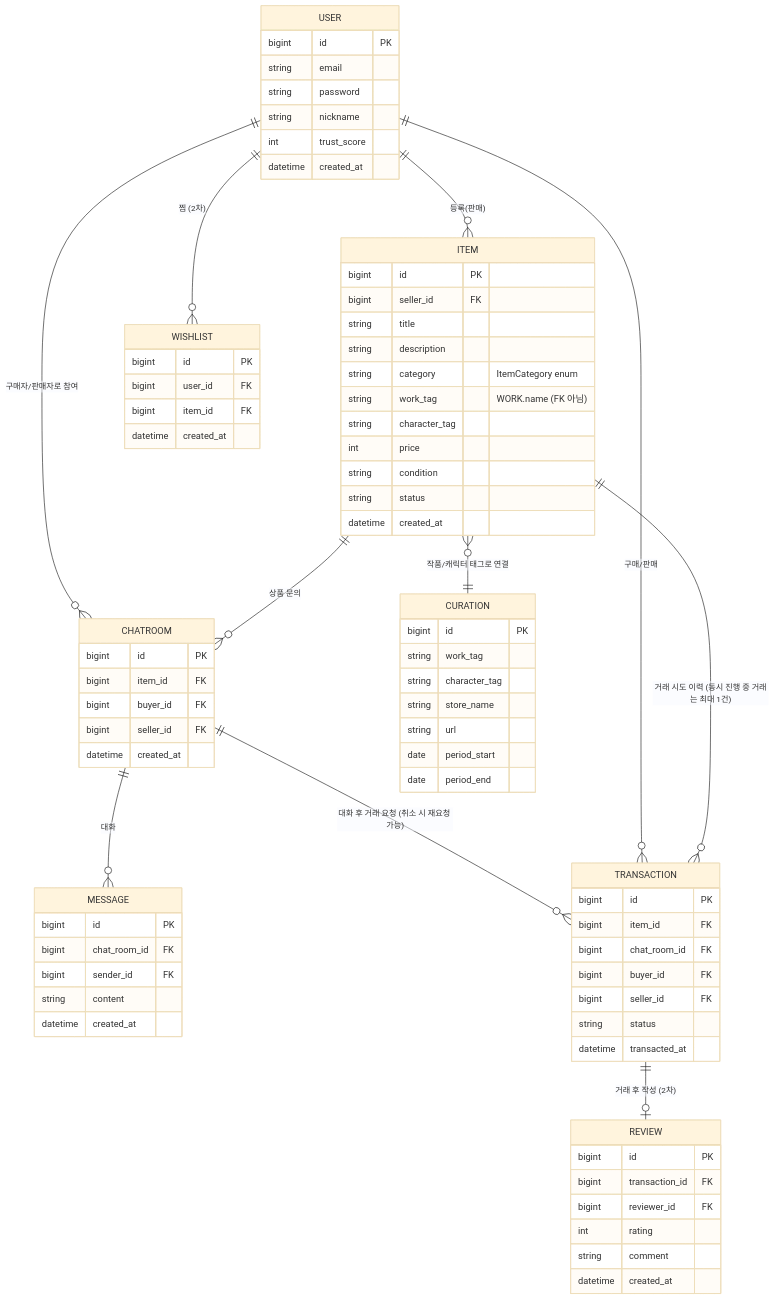
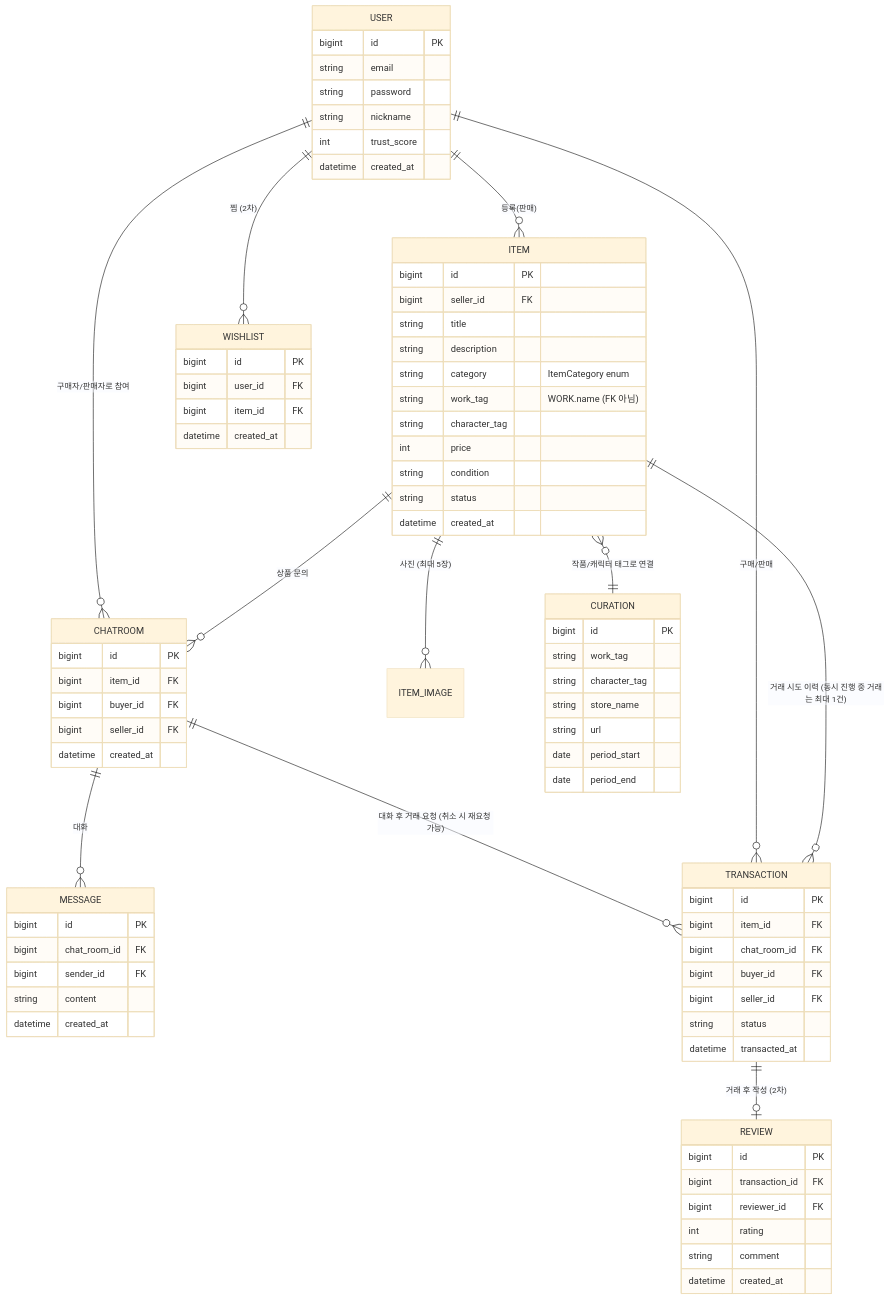
The second of 3 diagrams in 3_아키텍처및서비스흐름.md (oshi-market/oshi-market), drawn with Mermaid (base theme) before and after one commit. The commit also changed other lines of this file and 32 other files, not shown here.

````diff
--- a/3_아키텍처및서비스흐름.md
+++ b/3_아키텍처및서비스흐름.md
@@ -53,81 +53,82 @@
 ```mermaid
 erDiagram
     USER ||--o{ ITEM : "등록(판매)"
     USER ||--o{ CHATROOM : "구매자/판매자로 참여"
     ITEM ||--o{ CHATROOM : "상품 문의"
+    ITEM ||--o{ ITEM_IMAGE : "사진 (최대 5장)"
     CHATROOM ||--o{ MESSAGE : "대화"
     CHATROOM ||--o{ TRANSACTION : "대화 후 거래 요청 (취소 시 재요청 가능)"
     USER ||--o{ TRANSACTION : "구매/판매"
     ITEM ||--o{ TRANSACTION : "거래 시도 이력 (동시 진행 중 거래는 최대 1건)"
     ITEM }o--|| CURATION : "작품/캐릭터 태그로 연결"
     TRANSACTION ||--o| REVIEW : "거래 후 작성 (2차)"
     USER ||--o{ WISHLIST : "찜 (2차)"
 
     USER {
         bigint id PK
         string email
         string password
         string nickname
         int trust_score
         datetime created_at
     }
     ITEM {
         bigint id PK
         bigint seller_id FK
         string title
         string description
         string category "ItemCategory enum"
         string work_tag "WORK.name (FK 아님)"
         string character_tag
         int price
         string condition
         string status
         datetime created_at
     }
     CHATROOM {
         bigint id PK
         bigint item_id FK
         bigint buyer_id FK
         bigint seller_id FK
         datetime created_at
     }
     MESSAGE {
         bigint id PK
         bigint chat_room_id FK
         bigint sender_id FK
         string content
         datetime created_at
     }
     TRANSACTION {
         bigint id PK
         bigint item_id FK
         bigint chat_room_id FK
         bigint buyer_id FK
         bigint seller_id FK
         string status
         datetime transacted_at
     }
     CURATION {
         bigint id PK
         string work_tag
         string character_tag
         string store_name
         string url
         date period_start
         date period_end
     }
     REVIEW {
         bigint id PK
         bigint transaction_id FK
         bigint reviewer_id FK
         int rating
         string comment
         datetime created_at
     }
     WISHLIST {
         bigint id PK
         bigint user_id FK
         bigint item_id FK
         datetime created_at
     }
 ```
````
